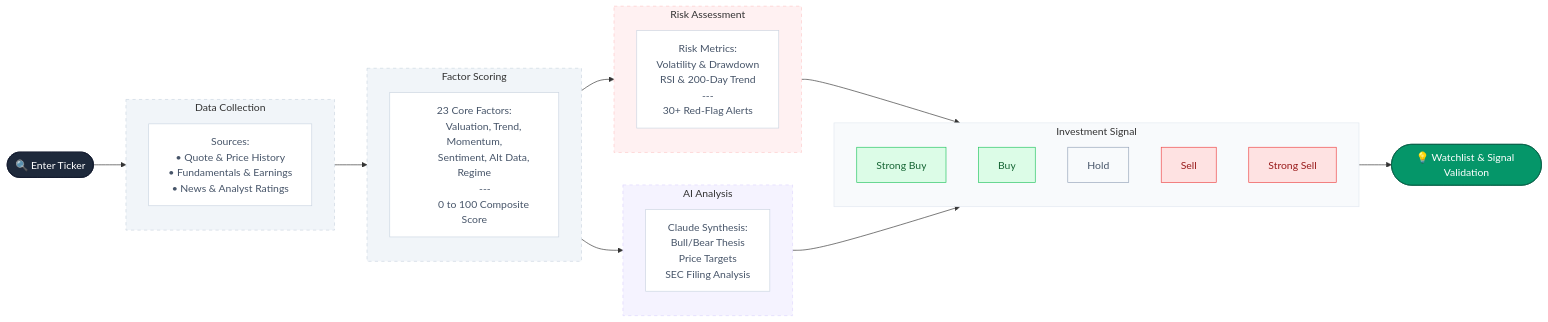
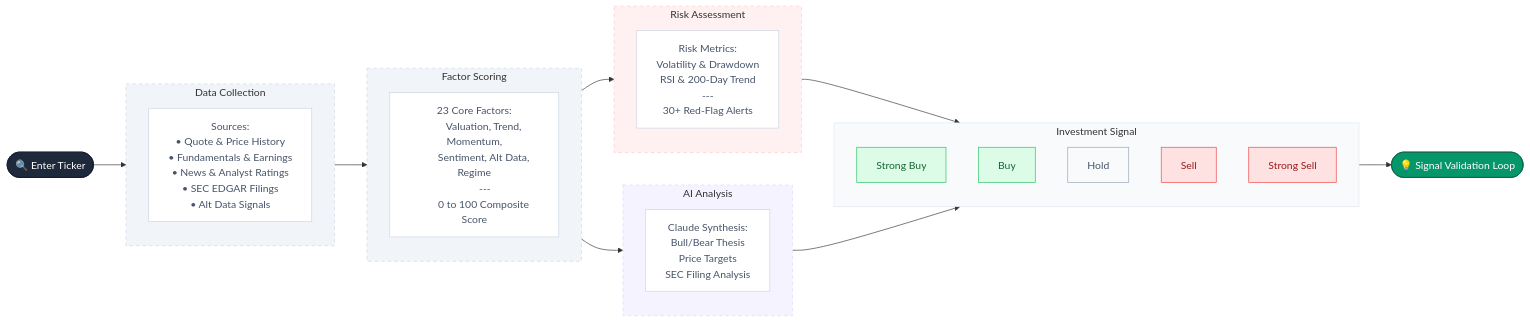
Before and after one commit to pcjtse/jaja-money: the diagram in README.md, drawn with Mermaid. The commit also changed other lines of this file, not shown here.

````diff
--- a/README.md
+++ b/README.md
@@ -52,70 +88,72 @@
 ```mermaid
 flowchart LR
     %% Global Styles
     classDef start fill:#1e293b,stroke:#0f172a,color:#fff
     classDef finish fill:#059669,stroke:#065f46,color:#fff
     classDef step fill:#fff,stroke:#cbd5e1,color:#475569
     
     classDef buy fill:#dcfce7,stroke:#22c55e,color:#166534
     classDef hold fill:#f8fafc,stroke:#94a3b8,color:#475569
     classDef sell fill:#fee2e2,stroke:#ef4444,color:#991b1b
 
     START(["🔍 Enter Ticker"]):::start
 
     subgraph D [Data Collection]
         D1["Sources:
         • Quote & Price History
         • Fundamentals & Earnings
-        • News & Analyst Ratings"]:::step
+        • News & Analyst Ratings
+        • SEC EDGAR Filings
+        • Alt Data Signals"]:::step
     end
 
     subgraph F [Factor Scoring]
         F1["23 Core Factors:
         Valuation, Trend, Momentum,
         Sentiment, Alt Data, Regime
         ---
         0 to 100 Composite Score"]:::step
     end
 
     subgraph R [Risk Assessment]
         R1["Risk Metrics:
         Volatility & Drawdown
         RSI & 200-Day Trend
         ---
         30+ Red-Flag Alerts"]:::step
     end
 
     subgraph AI [AI Analysis]
         AI1["Claude Synthesis:
         Bull/Bear Thesis
         Price Targets
         SEC Filing Analysis"]:::step
     end
 
     subgraph SIG [Investment Signal]
         direction TB
         S1["Strong Buy"]:::buy
         S2["Buy"]:::buy
         S3["Hold"]:::hold
         S4["Sell"]:::sell
         S5["Strong Sell"]:::sell
     end
 
-    END(["💡 Watchlist & Signal Validation"]):::finish
+    END(["💡 Signal Validation Loop"]):::finish
 
     %% Connections
     START --> D
     D --> F
     F --> R
     F --> AI
     R --> SIG
     AI --> SIG
     SIG --> END
 
     %% Subgraph Styling
     style D fill:#f1f5f9,stroke:#cbd5e1,stroke-dasharray: 5 5
     style F fill:#f1f5f9,stroke:#cbd5e1,stroke-dasharray: 5 5
     style R fill:#fff1f2,stroke:#fecaca,stroke-dasharray: 5 5
     style AI fill:#f5f3ff,stroke:#ddd6fe,stroke-dasharray: 5 5
     style SIG fill:#f8fafc,stroke:#e2e8f0
 ```
````
